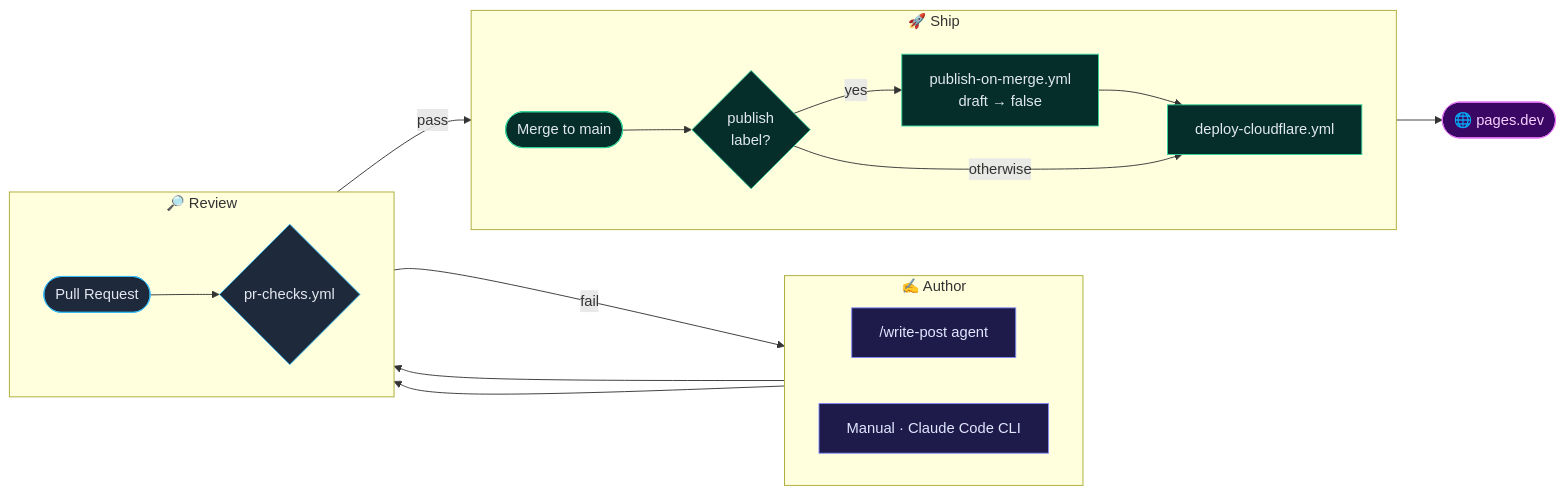
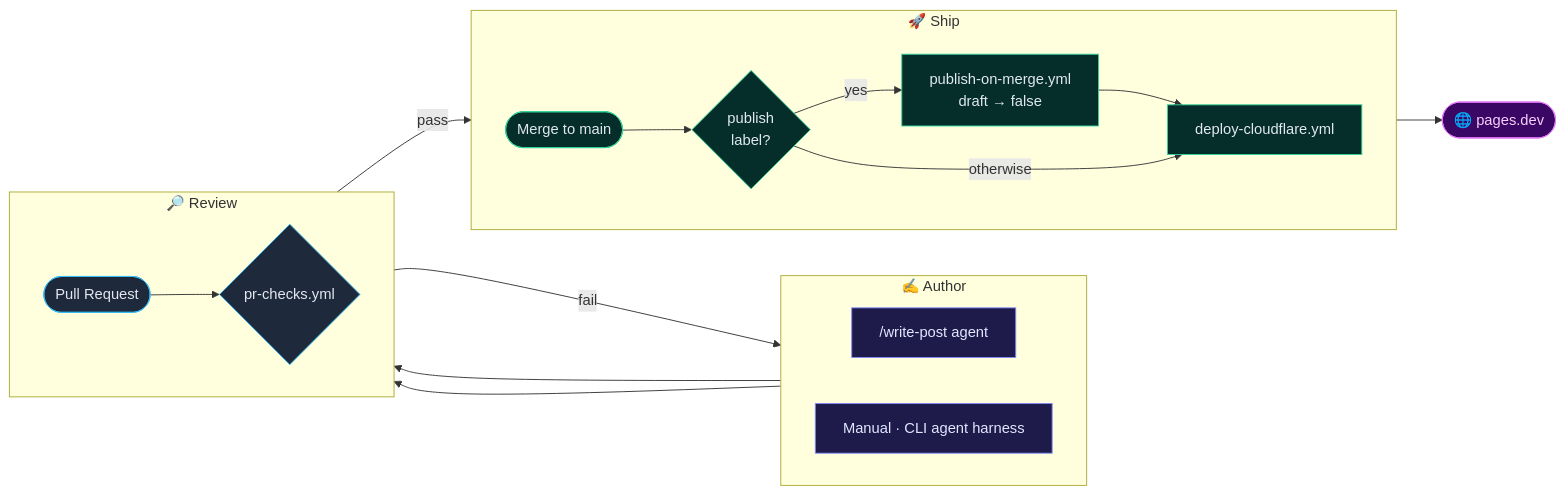
One commit to arifbazli/malay-tech-journal changed the diagram in README.md. Above: the diagram before and after it, drawn with Mermaid.

Commit message:
docs(readme): generalize pipeline diagram's Author node - CLI agent harness, not Claude Code specifically

````diff
--- a/README.md
+++ b/README.md
@@ -39,41 +39,41 @@
 ```mermaid
 flowchart LR
     subgraph author["✍️ Author"]
         direction LR
         A1["/write-post agent"]
-        A2["Manual · Claude Code CLI"]
+        A2["Manual · CLI agent harness"]
     end
 
     subgraph review["🔎 Review"]
         direction LR
         B(["Pull Request"])
         C{"pr-checks.yml"}
     end
 
     subgraph ship["🚀 Ship"]
         direction LR
         D(["Merge to main"])
         E{"publish<br/>label?"}
         F["publish-on-merge.yml<br/>draft → false"]
         G["deploy-cloudflare.yml"]
     end
 
     A1 --> B
     A2 --> B
     B --> C
     C -->|fail| A2
     C -->|pass| D
     D --> E
     E -->|yes| F --> G
     E -->|otherwise| G
     G --> H(["🌐 pages.dev"])
 
     classDef author fill:#1e1b4b,stroke:#818cf8,color:#e0e7ff
     classDef check fill:#1e293b,stroke:#38bdf8,color:#e2e8f0
     classDef deploy fill:#052e2b,stroke:#34d399,color:#e2e8f0
     classDef live fill:#3b0764,stroke:#e879f9,color:#f5d0fe
     class A1,A2 author
     class B,C check
     class D,E,F,G deploy
     class H live
 ```
````
